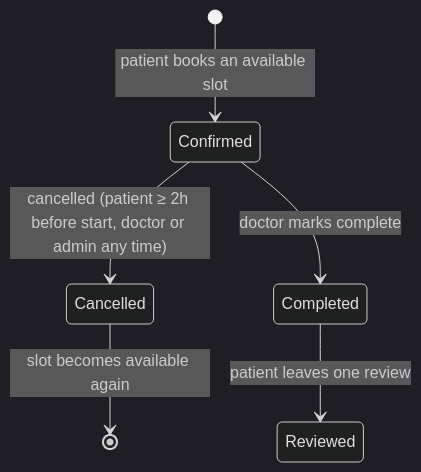
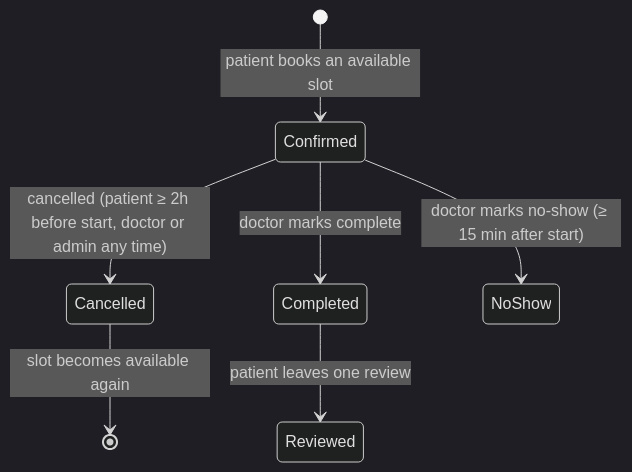
The second of 2 diagrams in docs/FEATURES.md (S3d0o/ClinicFlow-Frontend), drawn with Mermaid (dark theme) before and after one commit. The commit also changed other lines of this file and 18 other files, not shown here.

````diff
--- a/docs/FEATURES.md
+++ b/docs/FEATURES.md
@@ -232,8 +234,9 @@
 ```mermaid
 stateDiagram-v2
     [*] --> Confirmed: patient books an available slot
     Confirmed --> Cancelled: cancelled (patient ≥ 2h before start, doctor or admin any time)
     Confirmed --> Completed: doctor marks complete
+    Confirmed --> NoShow: doctor marks no-show (≥ 15 min after start)
     Completed --> Reviewed: patient leaves one review
     Cancelled --> [*]: slot becomes available again
 ```
````
